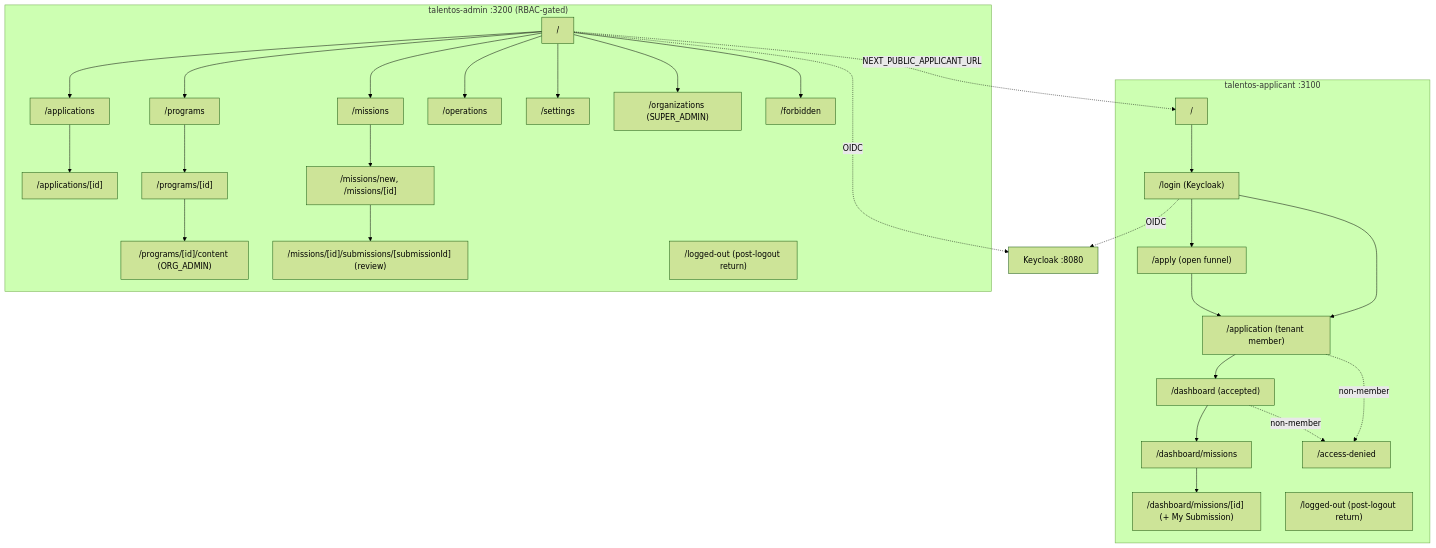
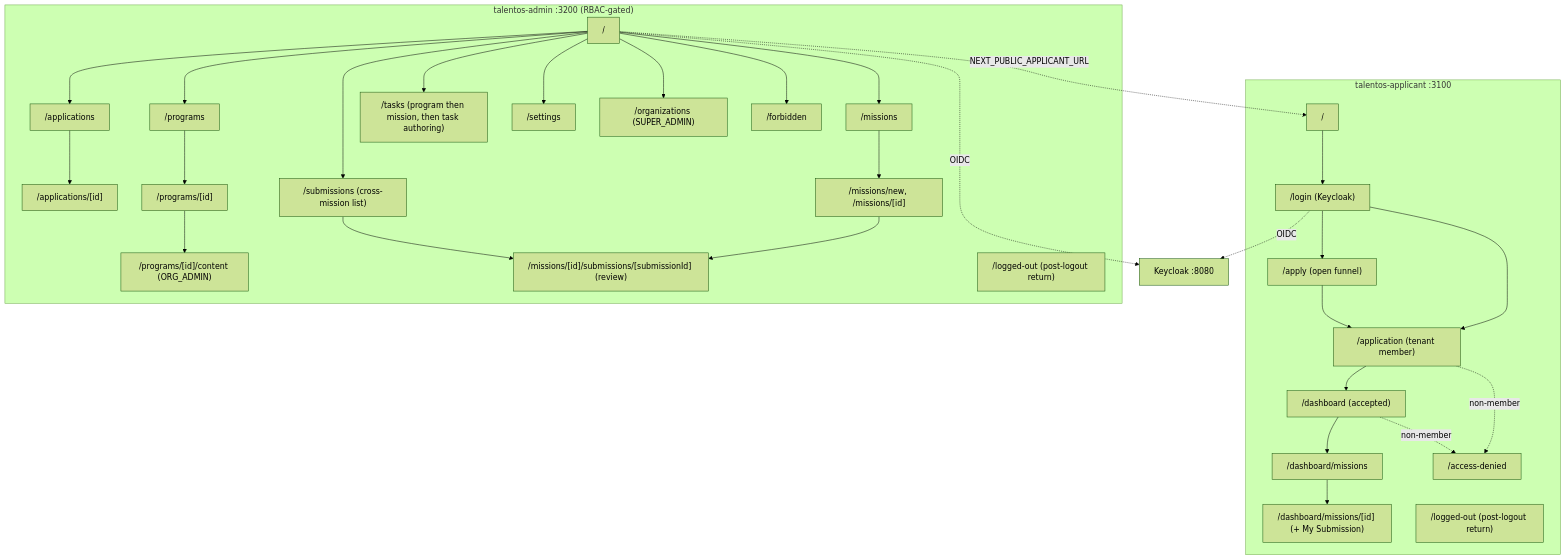
One commit to SameerFeroz27/talentOS changed the third of 3 diagrams in docs/Architecture.md. Above: the diagram before and after it, drawn with Mermaid (forest theme). The commit also changed other lines of this file and 10 other files, not shown here.

````diff
--- a/docs/Architecture.md
+++ b/docs/Architecture.md
@@ -278,33 +278,35 @@
 ```mermaid
 flowchart TD
     subgraph Applicant["talentos-applicant :3100"]
       Landing["/"] --> Login["/login (Keycloak)"]
       Login --> Apply["/apply (open funnel)"]
       Login --> Application["/application (tenant member)"]
       Application --> Dashboard["/dashboard (accepted)"]
       Dashboard --> DashMissions["/dashboard/missions"]
       DashMissions --> DashMission["/dashboard/missions/[id] (+ My Submission)"]
       Apply --> Application
       Application -. non-member .-> AccessDenied["/access-denied"]
       Dashboard -. non-member .-> AccessDenied
       LoggedOutA["/logged-out (post-logout return)"]
     end
     Login -. OIDC .-> KC["Keycloak :8080"]
     subgraph AdminC["talentos-admin :3200 (RBAC-gated)"]
       AdminHome["/"] --> Applications["/applications"]
       Applications --> Detail["/applications/[id]"]
       AdminHome --> Programs["/programs"]
       Programs --> ProgramDetail["/programs/[id]"]
       ProgramDetail --> ProgramContent["/programs/[id]/content (ORG_ADMIN)"]
       AdminHome --> Missions["/missions"]
       Missions --> MissionDetail["/missions/new, /missions/[id]"]
       MissionDetail --> SubmissionReview["/missions/[id]/submissions/[submissionId] (review)"]
-      AdminHome --> Operations["/operations"]
+      AdminHome --> Tasks["/tasks (program then mission, then task authoring)"]
+      AdminHome --> Submissions["/submissions (cross-mission list)"]
+      Submissions --> SubmissionReview
       AdminHome --> Settings["/settings"]
       AdminHome --> Organizations["/organizations (SUPER_ADMIN)"]
       AdminHome --> Forbidden["/forbidden"]
       LoggedOutB["/logged-out (post-logout return)"]
     end
     AdminHome -. OIDC .-> KC
     AdminHome -. NEXT_PUBLIC_APPLICANT_URL .-> Landing
 ```
````
